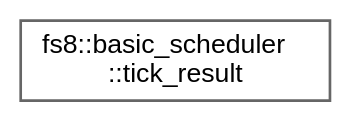
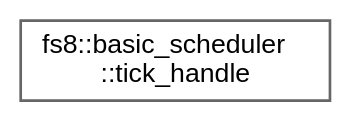
The diagram in api/inherit_graph_47.dot (the-moisrex/foresight), drawn with Graphviz before and after one commit. The commit also changed 268 other files, not shown here.

```diff
--- a/api/inherit_graph_47.dot
+++ b/api/inherit_graph_47.dot
@@ -1,9 +1,9 @@
 digraph "Graphical Class Hierarchy"
 {
  // LATEX_PDF_SIZE
   bgcolor="transparent";
   edge [fontname=Helvetica,fontsize=10,labelfontname=Helvetica,labelfontsize=10];
   node [fontname=Helvetica,fontsize=10,shape=box,height=0.2,width=0.4];
   rankdir="LR";
-  Node0 [id="Node000000",label="fs8::basic_scheduler\l::tick_result",height=0.2,width=0.4,color="grey40", fillcolor="white", style="filled",URL="$structfs8_1_1basic__scheduler_1_1tick__result.html",tooltip="Result returned by a tick callback."];
+  Node0 [id="Node000000",label="fs8::basic_scheduler\l::tick_handle",height=0.2,width=0.4,color="grey40", fillcolor="white", style="filled",URL="$structfs8_1_1basic__scheduler_1_1tick__handle.html",tooltip="Handle returned by schedule(); used for cancel."];
 }
```
